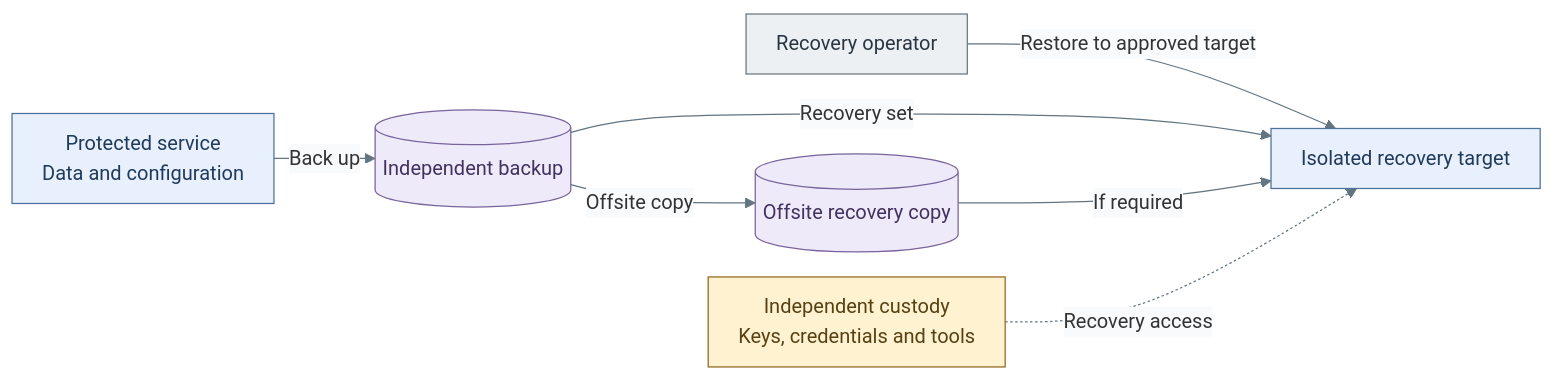
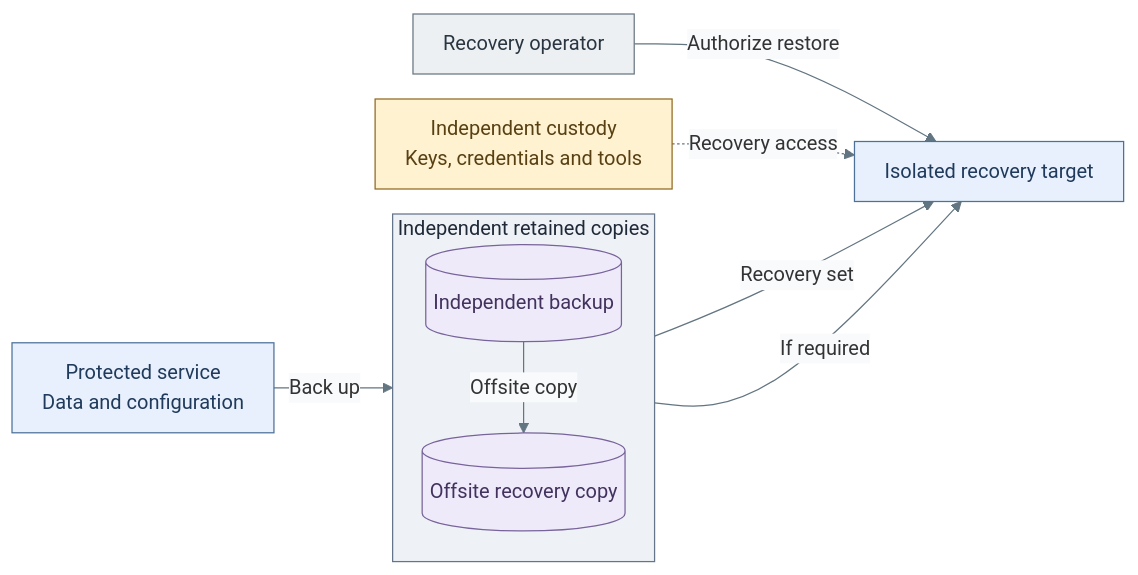
Before and after one commit to Rexus/homelab: the diagram in docs/01-architecture/11-operations/04-backup-recovery.md, drawn with Mermaid. The commit also changed other lines of this file and 279 other files, not shown here.

````diff
--- a/docs/01-architecture/11-operations/04-backup-recovery.md
+++ b/docs/01-architecture/11-operations/04-backup-recovery.md
@@ -17,19 +17,24 @@
 ```mermaid
 %%{init: {"theme":"base","flowchart":{"nodeSpacing":20,"rankSpacing":24,"padding":12},"themeVariables":{"lineColor":"#627581","edgeLabelBackground":"#f8fafc"}}}%%
 flowchart LR
   Source["Protected service<br/>Data and configuration"] -->|"Back up"| Backup[("Independent backup")]
-  Backup -->|"Offsite copy"| Offsite[("Offsite recovery copy")]
-  Operator["Recovery operator"] -->|"Restore to approved target"| Target["Isolated recovery target"]
+  subgraph Copies["Independent retained copies"]
+    direction TB
+    Backup -->|"Offsite copy"| Offsite[("Offsite recovery copy")]
+  end
+  Operator["Recovery operator"] -->|"Authorize restore"| Target["Isolated recovery target"]
   Backup -->|"Recovery set"| Target
   Offsite -->|"If required"| Target
   Custody["Independent custody<br/>Keys, credentials and tools"] -.->|"Recovery access"| Target
   classDef default fill:#f8fafc,stroke:#64748b,color:#1f2937
+  classDef boundary fill:#eef2f6,stroke:#64748b,color:#1f2937
   classDef services fill:#e7f0fc,stroke:#4d719b,color:#203a5b
   classDef data fill:#eeeafa,stroke:#78639b,color:#42325d
   classDef actor fill:#edf0f3,stroke:#697682,color:#293642
   classDef custody fill:#fff2d1,stroke:#926820,color:#584013
   class Source,Target services
+  class Copies boundary
   class Backup,Offsite data
   class Operator actor
   class Custody custody
 ```
````
